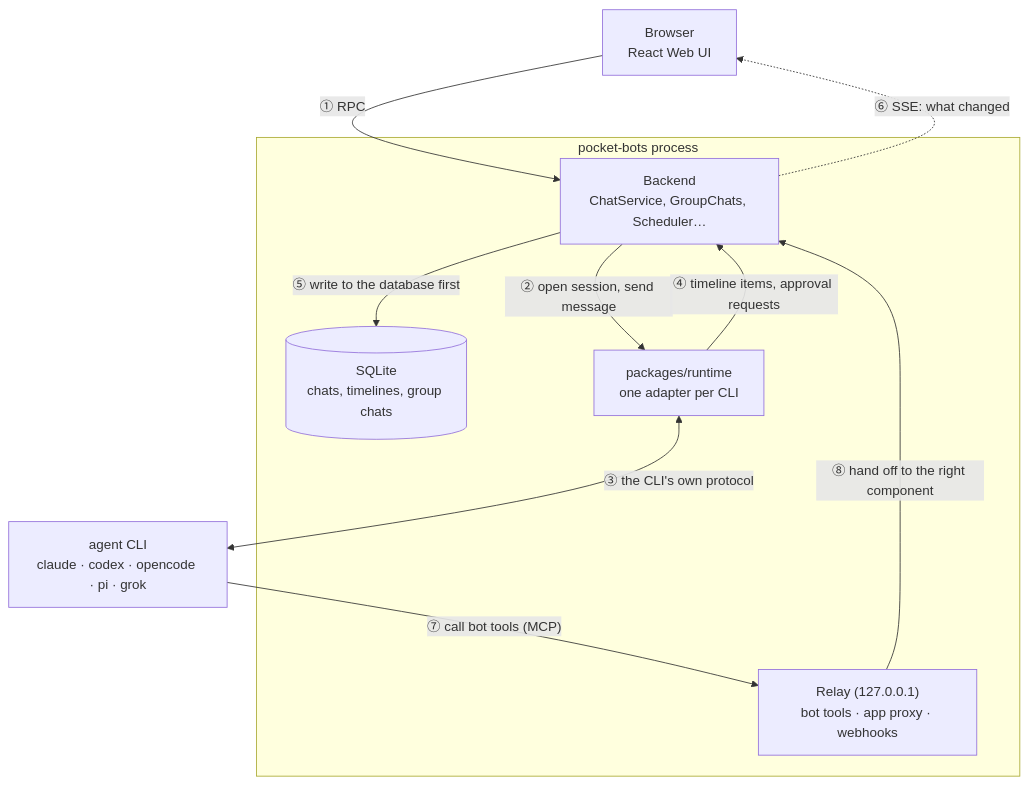
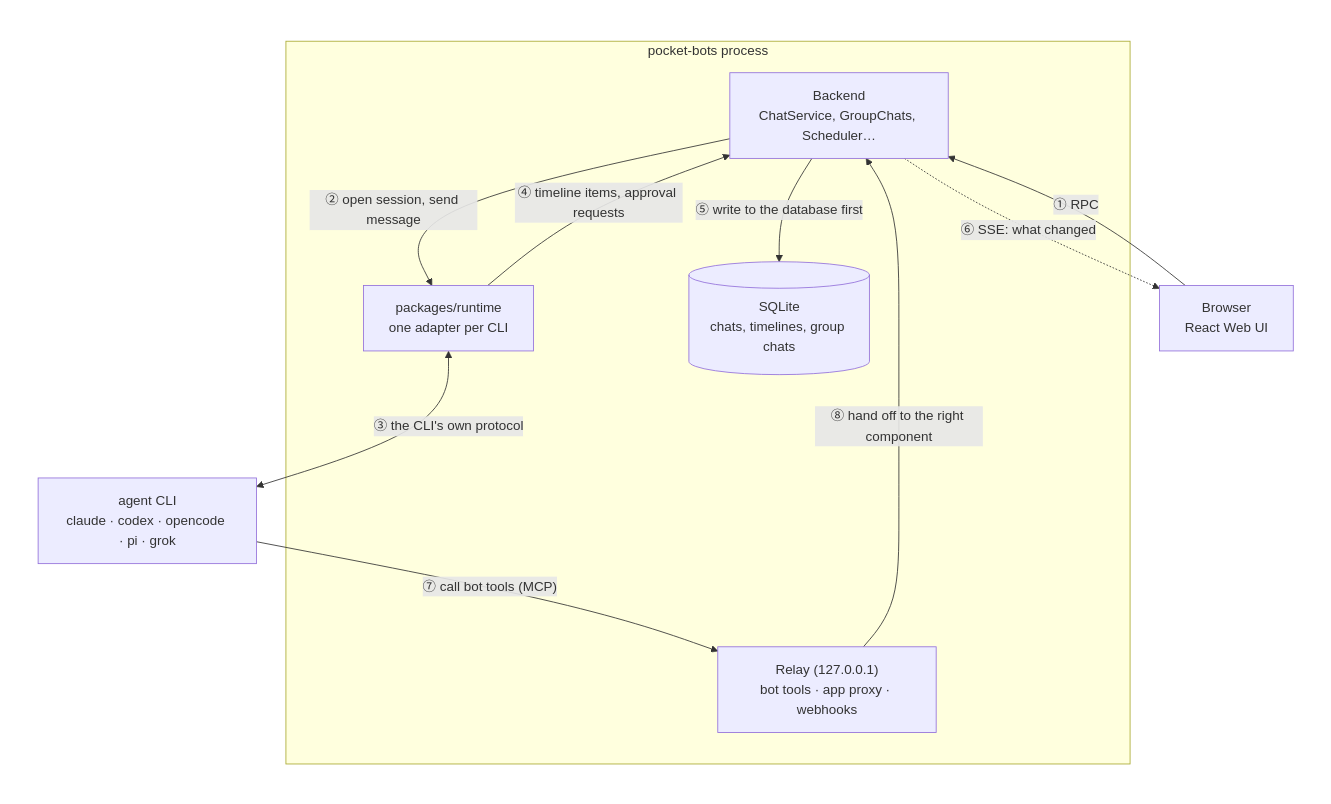
One commit to hustnn/pocket-bots changed the diagram in README.md. Above: the diagram before and after it, drawn with Mermaid. The commit also changed other lines of this file and 1 other file, not shown here.

Commit message:
Add a terms section to the README and give the diagram a white background
Readers hit words like SSE, MCP, ACP, steer and seat without explanation.
A terms table (English and Chinese) now defines them, and the SSE step in
"How it works" links to it. The architecture diagram forces Mermaid's light
theme inside a white box, so it stays readable on GitHub's dark mode.

````diff
--- a/README.md
+++ b/README.md
@@ -111,20 +135,25 @@
 ```mermaid
+%%{init: {"theme": "default"}}%%
 flowchart TB
-  W["Browser<br/>React Web UI"]
-  subgraph P["pocket-bots process"]
-    S["Backend<br/>ChatService, GroupChats, Scheduler…"]
-    DB[("SQLite<br/>chats, timelines, group chats")]
-    RT["packages/runtime<br/>one adapter per CLI"]
-    R["Relay (127.0.0.1)<br/>bot tools · app proxy · webhooks"]
+  subgraph BG[" "]
+    direction TB
+    W["Browser<br/>React Web UI"]
+    subgraph P["pocket-bots process"]
+      S["Backend<br/>ChatService, GroupChats, Scheduler…"]
+      DB[("SQLite<br/>chats, timelines, group chats")]
+      RT["packages/runtime<br/>one adapter per CLI"]
+      R["Relay (127.0.0.1)<br/>bot tools · app proxy · webhooks"]
+    end
+    A["agent CLI<br/>claude · codex · opencode · pi · grok"]
+
+    W -->|"① RPC"| S
+    S -->|"② open session, send message"| RT
+    RT <-->|"③ the CLI's own protocol"| A
+    RT -->|"④ timeline items, approval requests"| S
+    S -->|"⑤ write to the database first"| DB
+    S -.->|"⑥ SSE: what changed"| W
+    A -->|"⑦ call bot tools (MCP)"| R
+    R -->|"⑧ hand off to the right component"| S
   end
-  A["agent CLI<br/>claude · codex · opencode · pi · grok"]
-
-  W -->|"① RPC"| S
-  S -->|"② open session, send message"| RT
-  RT <-->|"③ the CLI's own protocol"| A
-  RT -->|"④ timeline items, approval requests"| S
-  S -->|"⑤ write to the database first"| DB
-  S -.->|"⑥ SSE: what changed"| W
-  A -->|"⑦ call bot tools (MCP)"| R
-  R -->|"⑧ hand off to the right component"| S
+  style BG fill:#ffffff,stroke:#ffffff
 ```
````
